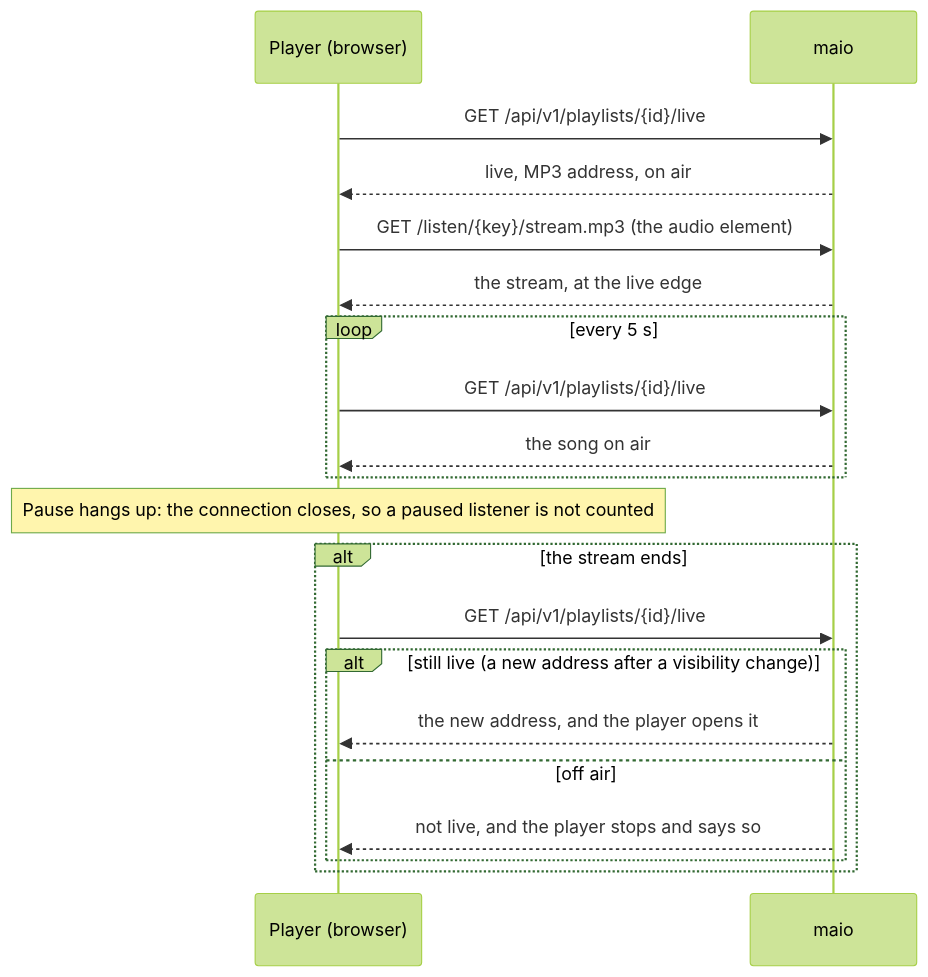
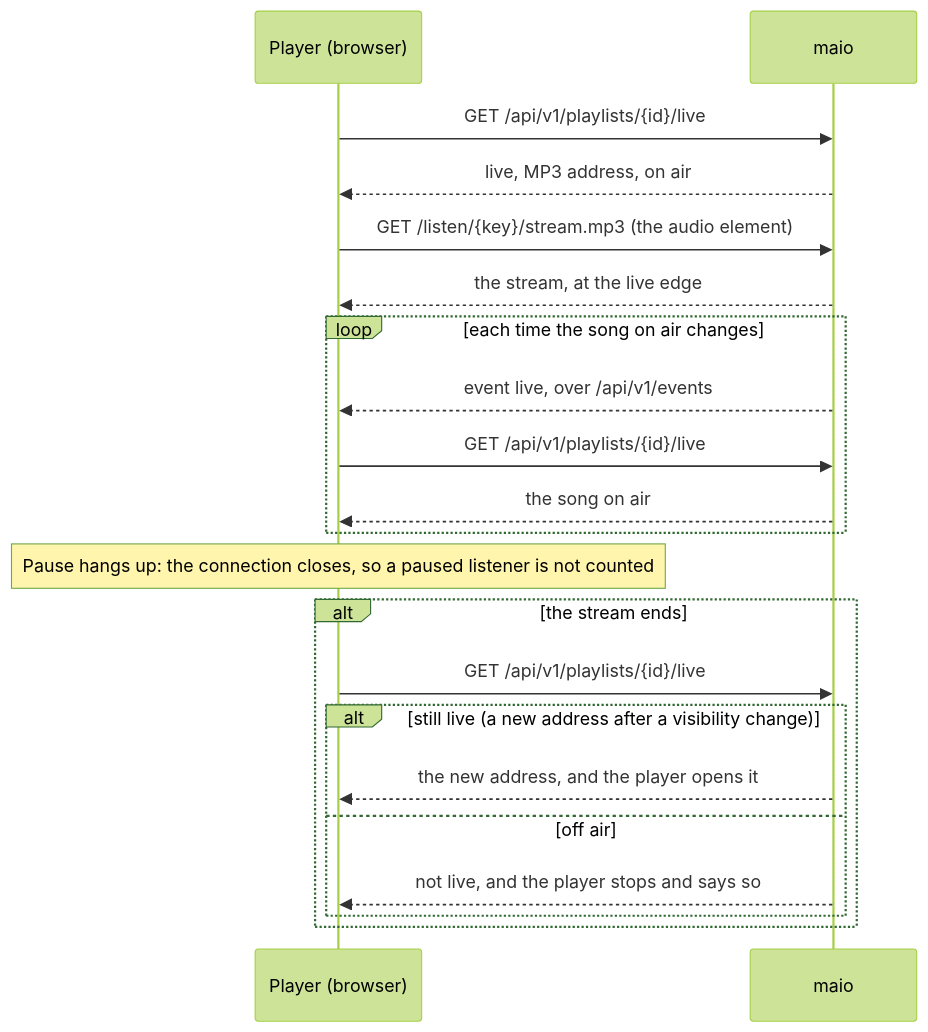
Before and after one commit to fulgas/maio: the fourth of 5 diagrams in docs/architecture/06-runtime-view.md, drawn with Mermaid (forest theme). The commit also changed other lines of this file and 18 other files, not shown here.

````diff
--- a/docs/architecture/06-runtime-view.md
+++ b/docs/architecture/06-runtime-view.md
@@ -97,22 +97,23 @@
 ```mermaid
 sequenceDiagram
     participant P as Player (browser)
     participant E as maio
     P->>E: GET /api/v1/playlists/{id}/live
     E-->>P: live, MP3 address, on air
     P->>E: GET /listen/{key}/stream.mp3 (the audio element)
     E-->>P: the stream, at the live edge
-    loop every 5 s
+    loop each time the song on air changes
+        E-->>P: event live, over /api/v1/events
         P->>E: GET /api/v1/playlists/{id}/live
         E-->>P: the song on air
     end
     Note over P: Pause hangs up: the connection closes, so a paused listener is not counted
     alt the stream ends
         P->>E: GET /api/v1/playlists/{id}/live
         alt still live (a new address after a visibility change)
             E-->>P: the new address, and the player opens it
         else off air
             E-->>P: not live, and the player stops and says so
         end
     end
 ```
````
